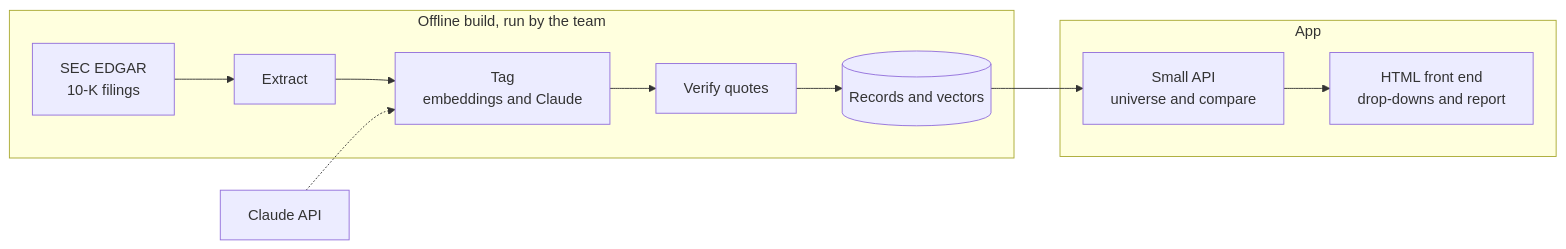
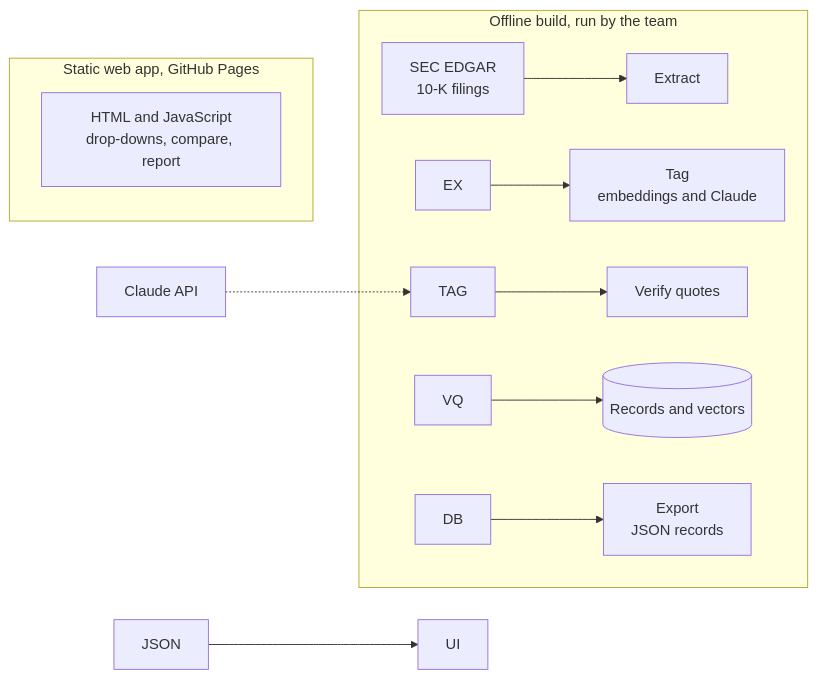
One commit to lauriefred21-droid/Risk-Factor-Gap-Finder changed the diagram in README.md. Above: the diagram before and after it, drawn with Mermaid. The commit also changed other lines of this file, not shown here.

````diff
--- a/README.md
+++ b/README.md
@@ -28,16 +61,15 @@
 ```mermaid
 flowchart LR
-    subgraph OFF["Offline build, run by the team"]
-        EDGAR["SEC EDGAR<br/>10-K filings"] --> EX["Extract"]
-        EX --> TAG["Tag<br/>embeddings and Claude"]
-        TAG --> VQ["Verify quotes"]
-        VQ --> DB[("Records and vectors")]
+    subgraph OFF\["Offline build, run by the team"]
+        EDGAR\["SEC EDGAR<br/>10-K filings"] --> EX\["Extract"]
+        EX --> TAG\["Tag<br/>embeddings and Claude"]
+        TAG --> VQ\["Verify quotes"]
+        VQ --> DB\[("Records and vectors")]
+        DB --> JSON\["Export<br/>JSON records"]
     end
-    subgraph APP["App"]
-        API["Small API<br/>universe and compare"]
-        UI["HTML front end<br/>drop-downs and report"]
-        API --> UI
+    subgraph APP\["Static web app, GitHub Pages"]
+        UI\["HTML and JavaScript<br/>drop-downs, compare, report"]
     end
-    DB --> API
-    CL["Claude API"] -.-> TAG
+    JSON --> UI
+    CL\["Claude API"] -.-> TAG
 ```
````
